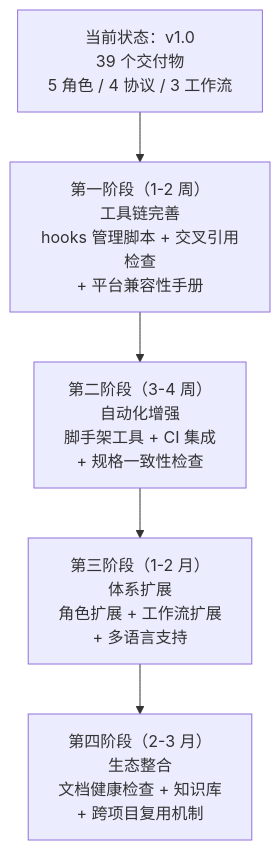
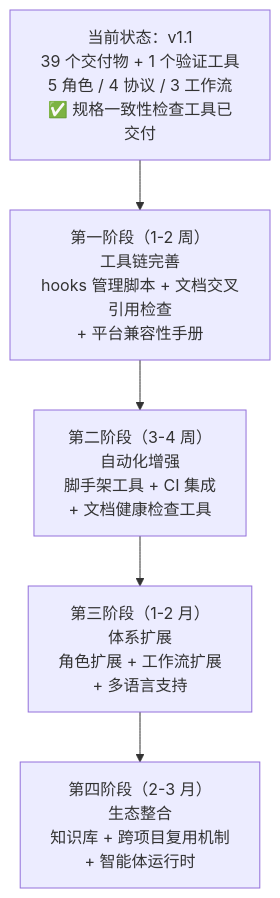
One commit to xinetzone/SpecWeave changed the fourth of 4 diagrams in docs/retrospective/retrospective-report-agents-spec-system.md. Above: the diagram before and after it, drawn with Mermaid. The commit also changed other lines of this file and 1 other file, not shown here.

````diff
--- a/docs/retrospective/retrospective-report-agents-spec-system.md
+++ b/docs/retrospective/retrospective-report-agents-spec-system.md
@@ -417,7 +432,7 @@
 ```mermaid
 flowchart TD
-    Current["当前状态：v1.0<br/>39 个交付物<br/>5 角色 / 4 协议 / 3 工作流"] --> Phase1["第一阶段（1-2 周）<br/>工具链完善<br/>hooks 管理脚本 + 交叉引用检查<br/>+ 平台兼容性手册"]
-    Phase1 --> Phase2["第二阶段（3-4 周）<br/>自动化增强<br/>脚手架工具 + CI 集成<br/>+ 规格一致性检查"]
+    Current["当前状态：v1.1<br/>39 个交付物 + 1 个验证工具<br/>5 角色 / 4 协议 / 3 工作流<br/>✅ 规格一致性检查工具已交付"] --> Phase1["第一阶段（1-2 周）<br/>工具链完善<br/>hooks 管理脚本 + 文档交叉引用检查<br/>+ 平台兼容性手册"]
+    Phase1 --> Phase2["第二阶段（3-4 周）<br/>自动化增强<br/>脚手架工具 + CI 集成<br/>+ 文档健康检查工具"]
     Phase2 --> Phase3["第三阶段（1-2 月）<br/>体系扩展<br/>角色扩展 + 工作流扩展<br/>+ 多语言支持"]
-    Phase3 --> Phase4["第四阶段（2-3 月）<br/>生态整合<br/>文档健康检查 + 知识库<br/>+ 跨项目复用机制"]
+    Phase3 --> Phase4["第四阶段（2-3 月）<br/>生态整合<br/>知识库 + 跨项目复用机制<br/>+ 智能体运行时"]
 ```
````
